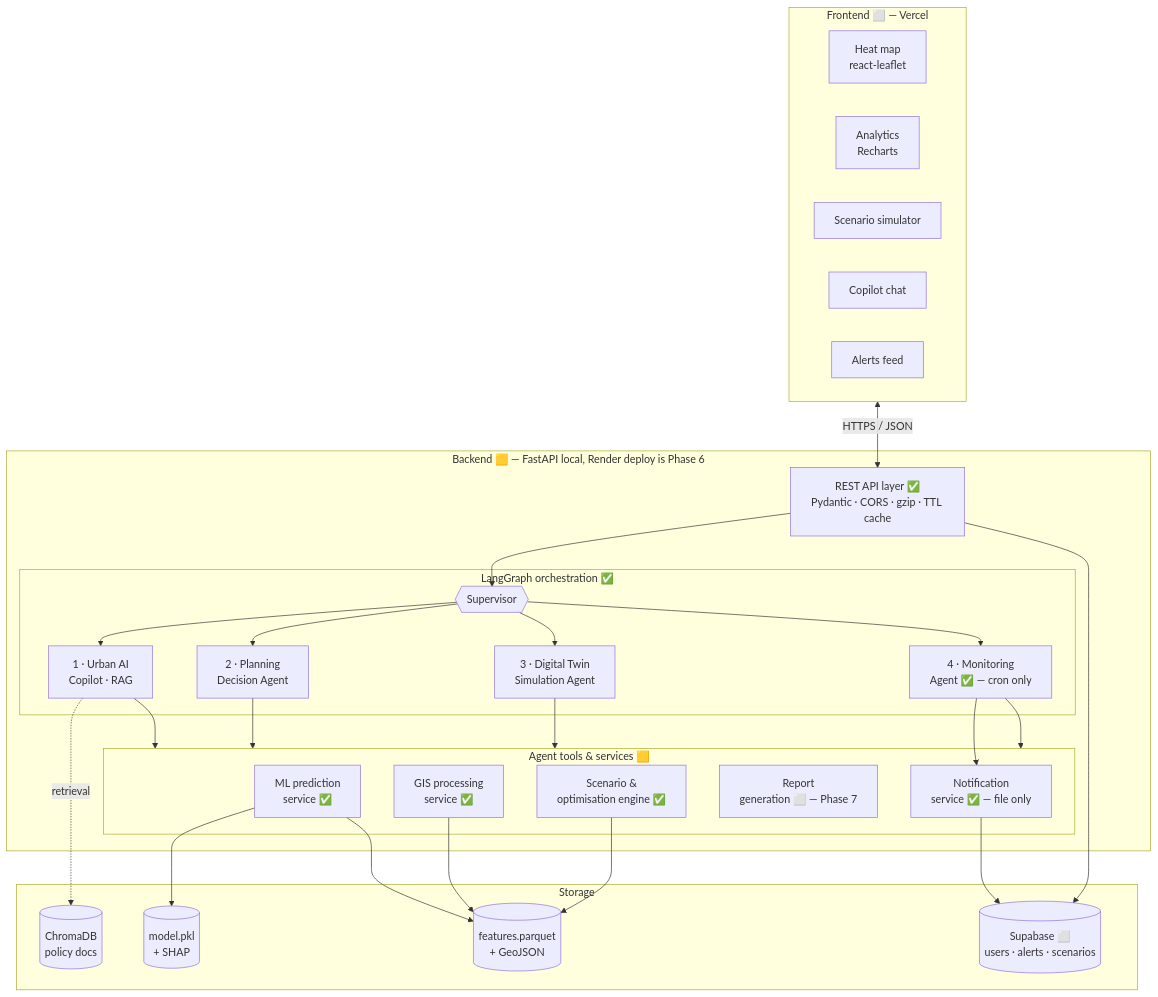
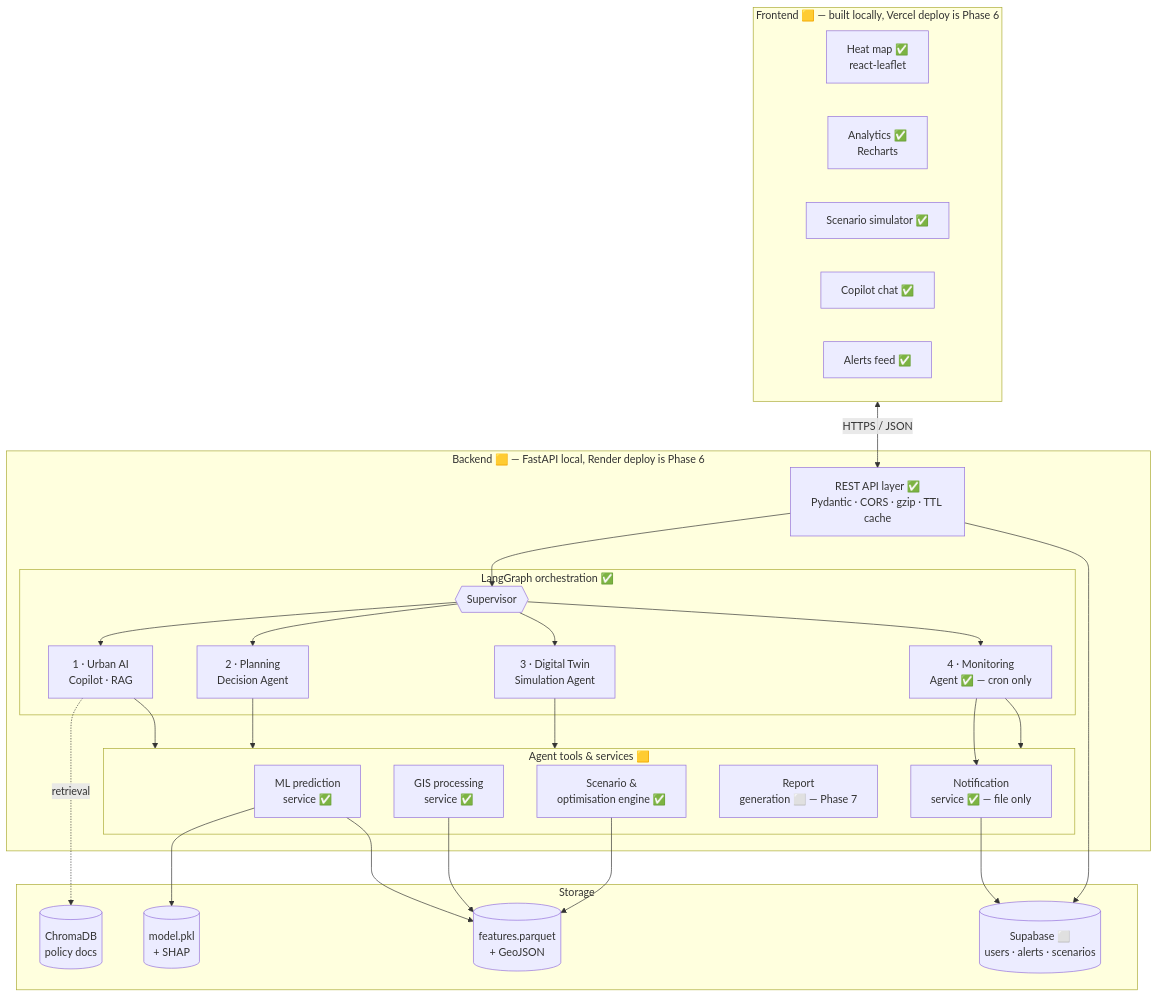
The second of 5 diagrams in docs/architecture.md (DevGurav/urbanheat-mumbai), drawn with Mermaid before and after one commit. The commit also changed other lines of this file and 3 other files, not shown here.

````diff
--- a/docs/architecture.md
+++ b/docs/architecture.md
@@ -42,48 +43,48 @@
 ```mermaid
 flowchart TB
-    subgraph FE["Frontend ⬜ — Vercel"]
+    subgraph FE["Frontend 🟨 — built locally, Vercel deploy is Phase 6"]
         direction LR
-        MAP[Heat map<br/>react-leaflet]
-        AN[Analytics<br/>Recharts]
-        SIM[Scenario simulator]
-        CHAT[Copilot chat]
-        ALR[Alerts feed]
+        MAP[Heat map ✅<br/>react-leaflet]
+        AN[Analytics ✅<br/>Recharts]
+        SIM[Scenario simulator ✅]
+        CHAT[Copilot chat ✅]
+        ALR[Alerts feed ✅]
     end
 
     subgraph BE["Backend 🟨 — FastAPI local, Render deploy is Phase 6"]
         API[REST API layer ✅<br/>Pydantic · CORS · gzip · TTL cache]
 
         subgraph AG["LangGraph orchestration ✅"]
             SUP{{Supervisor}}
             A1[1 · Urban AI<br/>Copilot · RAG]
             A2[2 · Planning<br/>Decision Agent]
             A3[3 · Digital Twin<br/>Simulation Agent]
             A4[4 · Monitoring<br/>Agent ✅ — cron only]
         end
 
         subgraph SVC["Agent tools & services 🟨"]
             MLS[ML prediction<br/>service ✅]
             GIS[GIS processing<br/>service ✅]
             SCN[Scenario &<br/>optimisation engine ✅]
             RPT[Report<br/>generation ⬜ — Phase 7]
             NTF[Notification<br/>service ✅ — file only]
         end
     end
 
     subgraph ST["Storage"]
         FEAT[(features.parquet<br/>+ GeoJSON)]
         MDL[(model.pkl<br/>+ SHAP)]
         VEC[(ChromaDB<br/>policy docs)]
         SUPA[(Supabase ⬜<br/>users · alerts · scenarios)]
     end
 
     FE <-->|HTTPS / JSON| API
     API --> SUP
     SUP --> A1 & A2 & A3 & A4
     A1 & A2 & A3 & A4 --> SVC
     A1 -.retrieval.-> VEC
     MLS --> MDL
     MLS & GIS & SCN --> FEAT
     A4 --> NTF --> SUPA
     API --> SUPA
 ```
````
